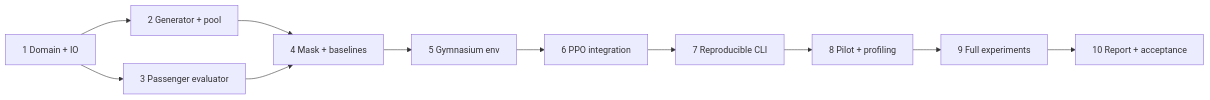
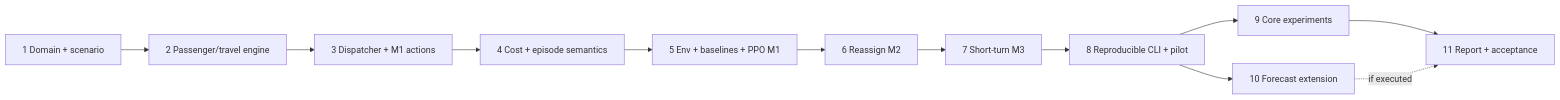
The diagram in plan.md (DangKhoaAI/rl_bus_route), drawn with Mermaid before and after one commit. The commit also changed other lines of this file and 2 other files, not shown here.

````diff
--- a/plan.md
+++ b/plan.md
@@ -30,13 +31,14 @@
 ```mermaid
 flowchart LR
-  T1[1 Domain + IO] --> T2[2 Generator + pool]
-  T1 --> T3[3 Passenger evaluator]
-  T2 --> T4[4 Mask + baselines]
-  T3 --> T4
-  T4 --> T5[5 Gymnasium env]
-  T5 --> T6[6 PPO integration]
-  T6 --> T7[7 Reproducible CLI]
-  T7 --> T8[8 Pilot + profiling]
-  T8 --> T9[9 Full experiments]
-  T9 --> T10[10 Report + acceptance]
+  T1[1 Domain + scenario] --> T2[2 Passenger/travel engine]
+  T2 --> T3[3 Dispatcher + M1 actions]
+  T3 --> T4[4 Cost + episode semantics]
+  T4 --> T5[5 Env + baselines + PPO M1]
+  T5 --> T6[6 Reassign M2]
+  T6 --> T7[7 Short-turn M3]
+  T7 --> T8[8 Reproducible CLI + pilot]
+  T8 --> T9[9 Core experiments]
+  T8 --> T10[10 Forecast extension]
+  T9 --> T11[11 Report + acceptance]
+  T10 -. if executed .-> T11
 ```
````
